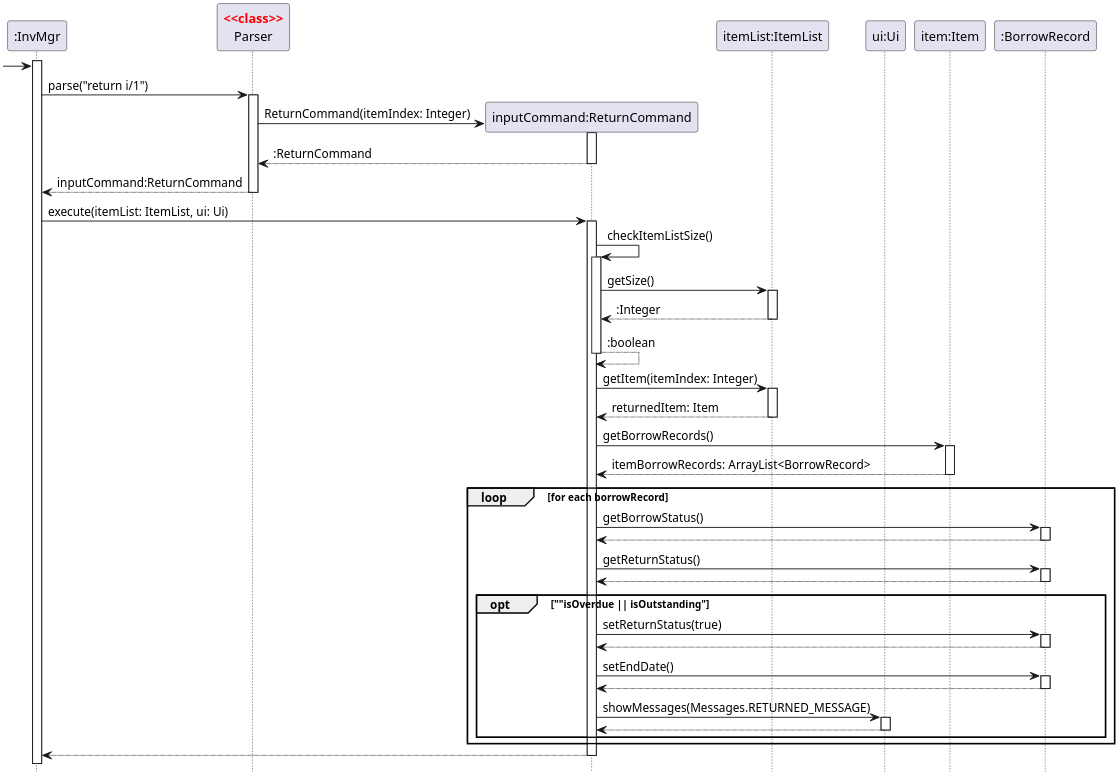
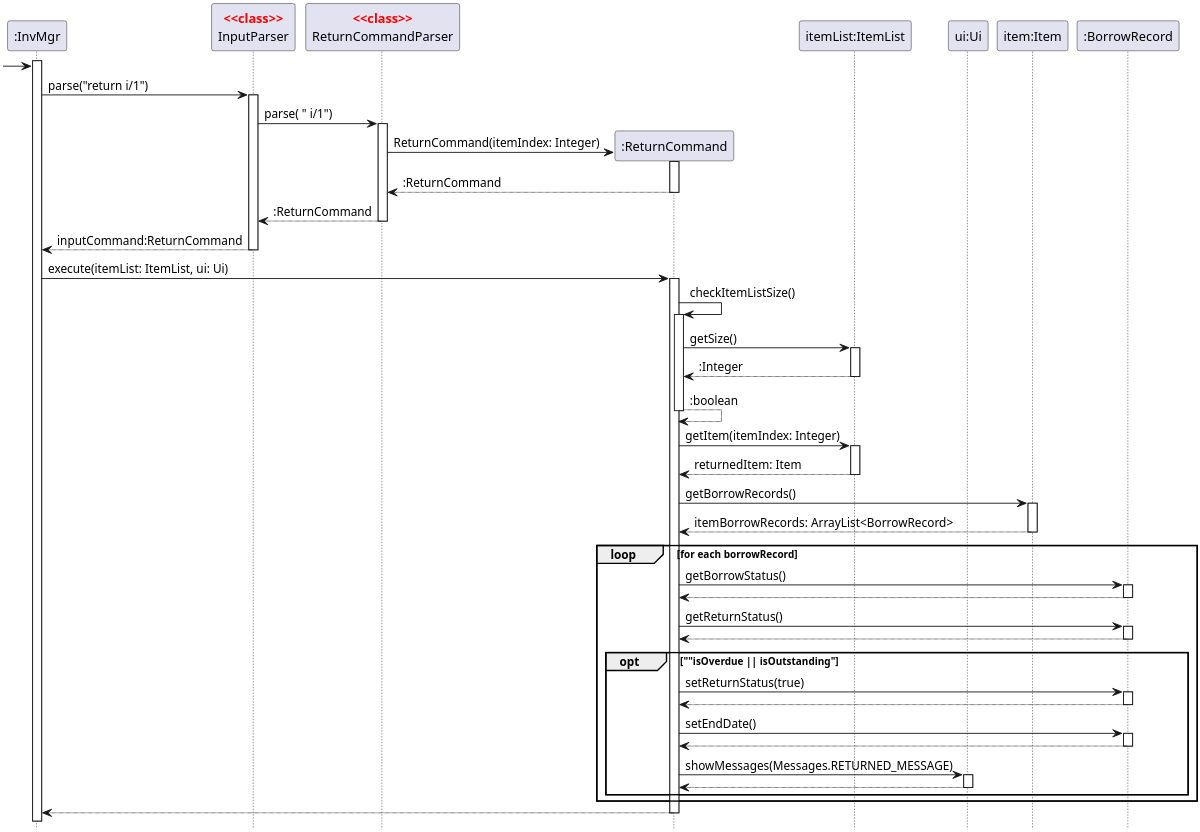
Before and after one commit to nus-cs2113-AY2122S2/tp: the diagram in docs/diagrams/ReturnCommandSequenceDiagram.puml, drawn with PlantUML. The commit also changed 5 other files, not shown here.

Commit message:
Updates DG with new sequence diagrams and description for LostCommand and ReturnCommand and HelpCommand

```diff
--- a/docs/diagrams/ReturnCommandSequenceDiagram.puml
+++ b/docs/diagrams/ReturnCommandSequenceDiagram.puml
@@ -1,70 +1,73 @@
 @startuml
 'https://plantuml.com/sequence-diagram
 hide footbox
 
 skinparam dpi 300
 skinparam guillemet false
 skinparam sequenceStereotypeFontColor red
 skinparam sequenceStereotypeFontStyle bold
 
 Participant ":InvMgr" as invmgr
-Participant "Parser" as parser <<class>>
-Participant "inputCommand:ReturnCommand" as cmd
+Participant "InputParser" as parser <<class>>
+Participant "ReturnCommandParser" as ReturnCommandParser <<class>>
+Participant ":ReturnCommand" as cmd
 Participant "itemList:ItemList" as list
 Participant "ui:Ui" as ui
 Participant "item:Item" as item
 Participant ":BorrowRecord" as borrowRecord
 
 activate invmgr
 
 -> invmgr
 invmgr -> parser:parse("return i/1")
 activate parser
 
+parser -> ReturnCommandParser: parse( " i/1")
+activate ReturnCommandParser
 create cmd
-parser -> cmd:ReturnCommand(itemIndex: Integer)
+ReturnCommandParser -> cmd:ReturnCommand(itemIndex: Integer)
 activate cmd
 return :ReturnCommand
-
+return :ReturnCommand
 return inputCommand:ReturnCommand
 
 invmgr -> cmd:execute(itemList: ItemList, ui: Ui)
 activate cmd
 
 cmd -> cmd:checkItemListSize()
 activate cmd
 cmd -> list: getSize()
 activate list
 return :Integer
 return :boolean
 
 cmd -> list: getItem(itemIndex: Integer)
 activate list
 return returnedItem: Item
 
 cmd -> item: getBorrowRecords()
 activate item
 return itemBorrowRecords: ArrayList<BorrowRecord>
 
 loop for each borrowRecord
 cmd -> borrowRecord: getBorrowStatus()
 activate borrowRecord
 return
 cmd -> borrowRecord: getReturnStatus()
 activate borrowRecord
 return
 opt ""isOverdue || isOutstanding"
 cmd -> borrowRecord: setReturnStatus(true)
 activate borrowRecord
 return
 cmd -> borrowRecord: setEndDate()
 activate borrowRecord
 return
 cmd -> ui: showMessages(Messages.RETURNED_MESSAGE)
 activate ui
 return
 end
 end
 
 return
 @enduml
```
